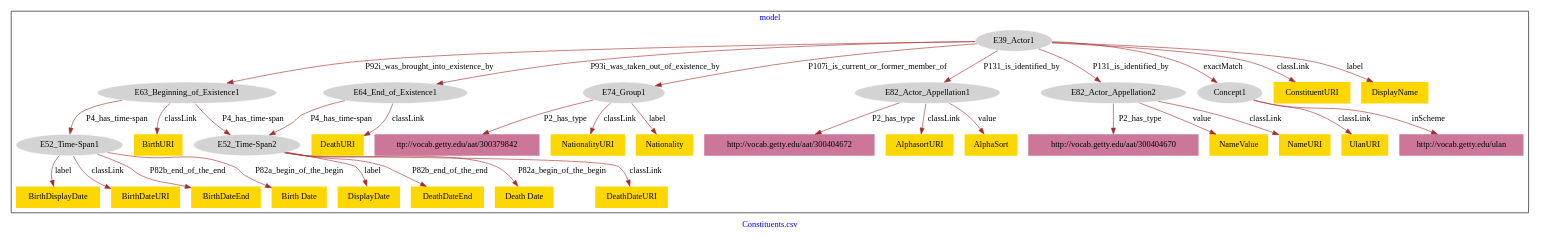
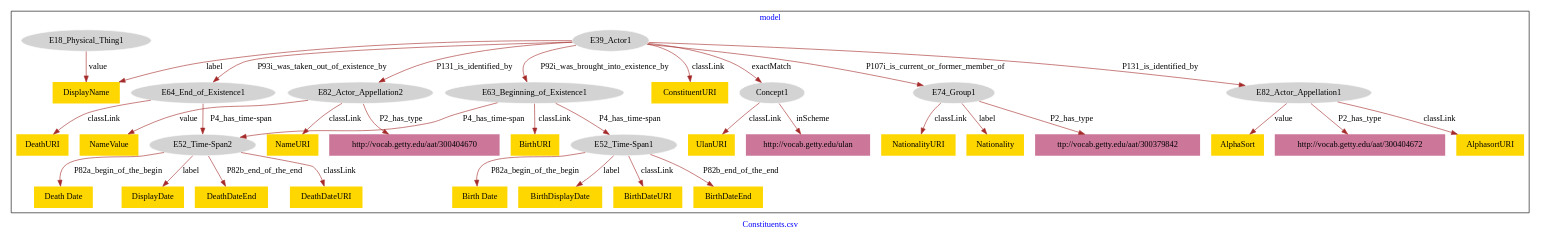
One commit to american-art/GM changed the diagram in Constituents_institutions/Constituents_institutions-model.dot. Above: the diagram before and after it, drawn with Graphviz.

Commit message:
Update file Constituents_institutions-model.dot

```diff
--- a/Constituents_institutions/Constituents_institutions-model.dot
+++ b/Constituents_institutions/Constituents_institutions-model.dot
@@ -1,72 +1,74 @@
 digraph n0 {
 fontcolor="blue"
 remincross="true"
 label="Constituents.csv"
 subgraph cluster {
 label="model"
-n2[style="filled",color="white",fillcolor="lightgray",label="E39_Actor1"];
-n3[style="filled",color="white",fillcolor="lightgray",label="E63_Beginning_of_Existence1"];
-n4[style="filled",color="white",fillcolor="lightgray",label="E64_End_of_Existence1"];
-n5[style="filled",color="white",fillcolor="lightgray",label="E74_Group1"];
-n6[style="filled",color="white",fillcolor="lightgray",label="E82_Actor_Appellation1"];
-n7[style="filled",color="white",fillcolor="lightgray",label="E82_Actor_Appellation2"];
-n8[style="filled",color="white",fillcolor="lightgray",label="Concept1"];
-n9[style="filled",color="white",fillcolor="lightgray",label="E52_Time-Span1"];
-n10[style="filled",color="white",fillcolor="lightgray",label="E52_Time-Span2"];
-n11[shape="plaintext",style="filled",fillcolor="gold",label="UlanURI"];
-n12[shape="plaintext",style="filled",fillcolor="gold",label="BirthURI"];
-n13[shape="plaintext",style="filled",fillcolor="gold",label="AlphasortURI"];
-n14[shape="plaintext",style="filled",fillcolor="gold",label="ConstituentURI"];
-n15[shape="plaintext",style="filled",fillcolor="gold",label="DisplayName"];
-n16[shape="plaintext",style="filled",fillcolor="gold",label="AlphaSort"];
-n17[shape="plaintext",style="filled",fillcolor="gold",label="NationalityURI"];
-n18[shape="plaintext",style="filled",fillcolor="gold",label="Nationality"];
-n19[shape="plaintext",style="filled",fillcolor="gold",label="NameValue"];
-n20[shape="plaintext",style="filled",fillcolor="gold",label="DisplayDate"];
-n21[shape="plaintext",style="filled",fillcolor="gold",label="BirthDisplayDate"];
-n22[shape="plaintext",style="filled",fillcolor="gold",label="NameURI"];
-n23[shape="plaintext",style="filled",fillcolor="gold",label="BirthDateURI"];
-n24[shape="plaintext",style="filled",fillcolor="gold",label="DeathDateEnd"];
-n25[shape="plaintext",style="filled",fillcolor="gold",label="BirthDateEnd"];
-n26[shape="plaintext",style="filled",fillcolor="gold",label="Death Date"];
-n27[shape="plaintext",style="filled",fillcolor="gold",label="Birth Date"];
-n28[shape="plaintext",style="filled",fillcolor="gold",label="DeathURI"];
-n29[shape="plaintext",style="filled",fillcolor="gold",label="DeathDateURI"];
-n30[shape="plaintext",style="filled",fillcolor="#CC7799",label="http://vocab.getty.edu/aat/300404672"];
-n31[shape="plaintext",style="filled",fillcolor="#CC7799",label="ttp://vocab.getty.edu/aat/300379842"];
-n32[shape="plaintext",style="filled",fillcolor="#CC7799",label="http://vocab.getty.edu/aat/300404670"];
-n33[shape="plaintext",style="filled",fillcolor="#CC7799",label="http://vocab.getty.edu/ulan"];
+n2[style="filled",color="white",fillcolor="lightgray",label="E74_Group1"];
+n3[shape="plaintext",style="filled",fillcolor="gold",label="Nationality"];
+n4[style="filled",color="white",fillcolor="lightgray",label="E82_Actor_Appellation1"];
+n5[shape="plaintext",style="filled",fillcolor="#CC7799",label="http://vocab.getty.edu/aat/300404672"];
+n6[style="filled",color="white",fillcolor="lightgray",label="E39_Actor1"];
+n7[style="filled",color="white",fillcolor="lightgray",label="E64_End_of_Existence1"];
+n8[style="filled",color="white",fillcolor="lightgray",label="E18_Physical_Thing1"];
+n9[shape="plaintext",style="filled",fillcolor="gold",label="DisplayName"];
+n10[style="filled",color="white",fillcolor="lightgray",label="E82_Actor_Appellation2"];
+n11[style="filled",color="white",fillcolor="lightgray",label="E52_Time-Span1"];
+n12[shape="plaintext",style="filled",fillcolor="gold",label="Birth Date"];
+n13[style="filled",color="white",fillcolor="lightgray",label="E63_Beginning_of_Existence1"];
+n14[shape="plaintext",style="filled",fillcolor="gold",label="BirthURI"];
+n15[shape="plaintext",style="filled",fillcolor="gold",label="NameURI"];
+n16[shape="plaintext",style="filled",fillcolor="#CC7799",label="ttp://vocab.getty.edu/aat/300379842"];
+n17[style="filled",color="white",fillcolor="lightgray",label="E52_Time-Span2"];
+n18[shape="plaintext",style="filled",fillcolor="gold",label="Death Date"];
+n19[shape="plaintext",style="filled",fillcolor="gold",label="ConstituentURI"];
+n20[shape="plaintext",style="filled",fillcolor="gold",label="BirthDisplayDate"];
+n21[style="filled",color="white",fillcolor="lightgray",label="Concept1"];
+n22[shape="plaintext",style="filled",fillcolor="#CC7799",label="http://vocab.getty.edu/aat/300404670"];
+n23[shape="plaintext",style="filled",fillcolor="gold",label="DisplayDate"];
+n24[shape="plaintext",style="filled",fillcolor="gold",label="BirthDateURI"];
+n25[shape="plaintext",style="filled",fillcolor="gold",label="UlanURI"];
+n26[shape="plaintext",style="filled",fillcolor="gold",label="NationalityURI"];
+n27[shape="plaintext",style="filled",fillcolor="gold",label="NameValue"];
+n28[shape="plaintext",style="filled",fillcolor="gold",label="BirthDateEnd"];
+n29[shape="plaintext",style="filled",fillcolor="gold",label="AlphasortURI"];
+n30[shape="plaintext",style="filled",fillcolor="gold",label="AlphaSort"];
+n31[shape="plaintext",style="filled",fillcolor="gold",label="DeathDateEnd"];
+n32[shape="plaintext",style="filled",fillcolor="gold",label="DeathURI"];
+n33[shape="plaintext",style="filled",fillcolor="gold",label="DeathDateURI"];
+n34[shape="plaintext",style="filled",fillcolor="#CC7799",label="http://vocab.getty.edu/ulan"];
 }
-n2 -> n3[color="brown",fontcolor="black",label="P92i_was_brought_into_existence_by"]
-n2 -> n4[color="brown",fontcolor="black",label="P93i_was_taken_out_of_existence_by"]
-n2 -> n5[color="brown",fontcolor="black",label="P107i_is_current_or_former_member_of"]
-n2 -> n6[color="brown",fontcolor="black",label="P131_is_identified_by"]
-n2 -> n7[color="brown",fontcolor="black",label="P131_is_identified_by"]
-n2 -> n8[color="brown",fontcolor="black",label="exactMatch"]
-n3 -> n9[color="brown",fontcolor="black",label="P4_has_time-span"]
-n3 -> n10[color="brown",fontcolor="black",label="P4_has_time-span"]
-n8 -> n11[color="brown",fontcolor="black",label="classLink"]
-n3 -> n12[color="brown",fontcolor="black",label="classLink"]
-n6 -> n13[color="brown",fontcolor="black",label="classLink"]
-n2 -> n14[color="brown",fontcolor="black",label="classLink"]
-n2 -> n15[color="brown",fontcolor="black",label="label"]
-n6 -> n16[color="brown",fontcolor="black",label="value"]
-n5 -> n17[color="brown",fontcolor="black",label="classLink"]
-n5 -> n18[color="brown",fontcolor="black",label="label"]
-n7 -> n19[color="brown",fontcolor="black",label="value"]
-n10 -> n20[color="brown",fontcolor="black",label="label"]
-n9 -> n21[color="brown",fontcolor="black",label="label"]
-n7 -> n22[color="brown",fontcolor="black",label="classLink"]
-n9 -> n23[color="brown",fontcolor="black",label="classLink"]
-n10 -> n24[color="brown",fontcolor="black",label="P82b_end_of_the_end"]
-n9 -> n25[color="brown",fontcolor="black",label="P82b_end_of_the_end"]
-n10 -> n26[color="brown",fontcolor="black",label="P82a_begin_of_the_begin"]
-n9 -> n27[color="brown",fontcolor="black",label="P82a_begin_of_the_begin"]
-n4 -> n28[color="brown",fontcolor="black",label="classLink"]
-n10 -> n29[color="brown",fontcolor="black",label="classLink"]
-n6 -> n30[color="brown",fontcolor="black",label="P2_has_type"]
-n5 -> n31[color="brown",fontcolor="black",label="P2_has_type"]
-n7 -> n32[color="brown",fontcolor="black",label="P2_has_type"]
-n8 -> n33[color="brown",fontcolor="black",label="inScheme"]
-n4 -> n10[color="brown",fontcolor="black",label="P4_has_time-span"]
+n2 -> n3[color="brown",fontcolor="black",label="label"]
+n4 -> n5[color="brown",fontcolor="black",label="P2_has_type"]
+n6 -> n7[color="brown",fontcolor="black",label="P93i_was_taken_out_of_existence_by"]
+n8 -> n9[color="brown",fontcolor="black",label="value"]
+n6 -> n10[color="brown",fontcolor="black",label="P131_is_identified_by"]
+n11 -> n12[color="brown",fontcolor="black",label="P82a_begin_of_the_begin"]
+n6 -> n4[color="brown",fontcolor="black",label="P131_is_identified_by"]
+n13 -> n14[color="brown",fontcolor="black",label="classLink"]
+n10 -> n15[color="brown",fontcolor="black",label="classLink"]
+n2 -> n16[color="brown",fontcolor="black",label="P2_has_type"]
+n17 -> n18[color="brown",fontcolor="black",label="P82a_begin_of_the_begin"]
+n6 -> n19[color="brown",fontcolor="black",label="classLink"]
+n11 -> n20[color="brown",fontcolor="black",label="label"]
+n6 -> n21[color="brown",fontcolor="black",label="exactMatch"]
+n13 -> n11[color="brown",fontcolor="black",label="P4_has_time-span"]
+n10 -> n22[color="brown",fontcolor="black",label="P2_has_type"]
+n13 -> n17[color="brown",fontcolor="black",label="P4_has_time-span"]
+n17 -> n23[color="brown",fontcolor="black",label="label"]
+n11 -> n24[color="brown",fontcolor="black",label="classLink"]
+n21 -> n25[color="brown",fontcolor="black",label="classLink"]
+n2 -> n26[color="brown",fontcolor="black",label="classLink"]
+n10 -> n27[color="brown",fontcolor="black",label="value"]
+n6 -> n9[color="brown",fontcolor="black",label="label"]
+n11 -> n28[color="brown",fontcolor="black",label="P82b_end_of_the_end"]
+n4 -> n29[color="brown",fontcolor="black",label="classLink"]
+n4 -> n30[color="brown",fontcolor="black",label="value"]
+n17 -> n31[color="brown",fontcolor="black",label="P82b_end_of_the_end"]
+n6 -> n13[color="brown",fontcolor="black",label="P92i_was_brought_into_existence_by"]
+n7 -> n32[color="brown",fontcolor="black",label="classLink"]
+n17 -> n33[color="brown",fontcolor="black",label="classLink"]
+n6 -> n2[color="brown",fontcolor="black",label="P107i_is_current_or_former_member_of"]
+n21 -> n34[color="brown",fontcolor="black",label="inScheme"]
+n7 -> n17[color="brown",fontcolor="black",label="P4_has_time-span"]
 }
```
